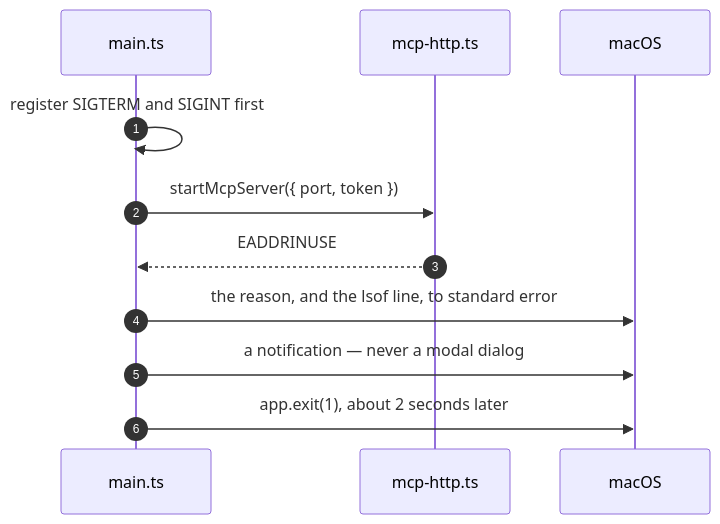
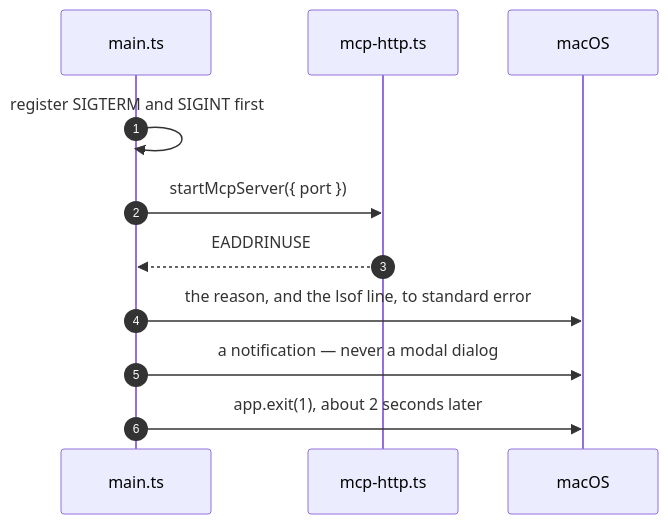
The fourth of 4 diagrams in documents/how-a-session-works.md (korchasa/naoba-agent-browser), drawn with Mermaid before and after one commit. The commit also changed other lines of this file and 14 other files, not shown here.

````diff
--- a/documents/how-a-session-works.md
+++ b/documents/how-a-session-works.md
@@ -143,14 +143,14 @@
 ```mermaid
 sequenceDiagram
     autonumber
     participant Main as main.ts
     participant HTTP as mcp-http.ts
     participant OS as macOS
 
     Main->>Main: register SIGTERM and SIGINT first
-    Main->>HTTP: startMcpServer({ port, token })
+    Main->>HTTP: startMcpServer({ port })
     HTTP-->>Main: EADDRINUSE
     Main->>OS: the reason, and the lsof line, to standard error
     Main->>OS: a notification — never a modal dialog
     Main->>OS: app.exit(1), about 2 seconds later
 ```
````
